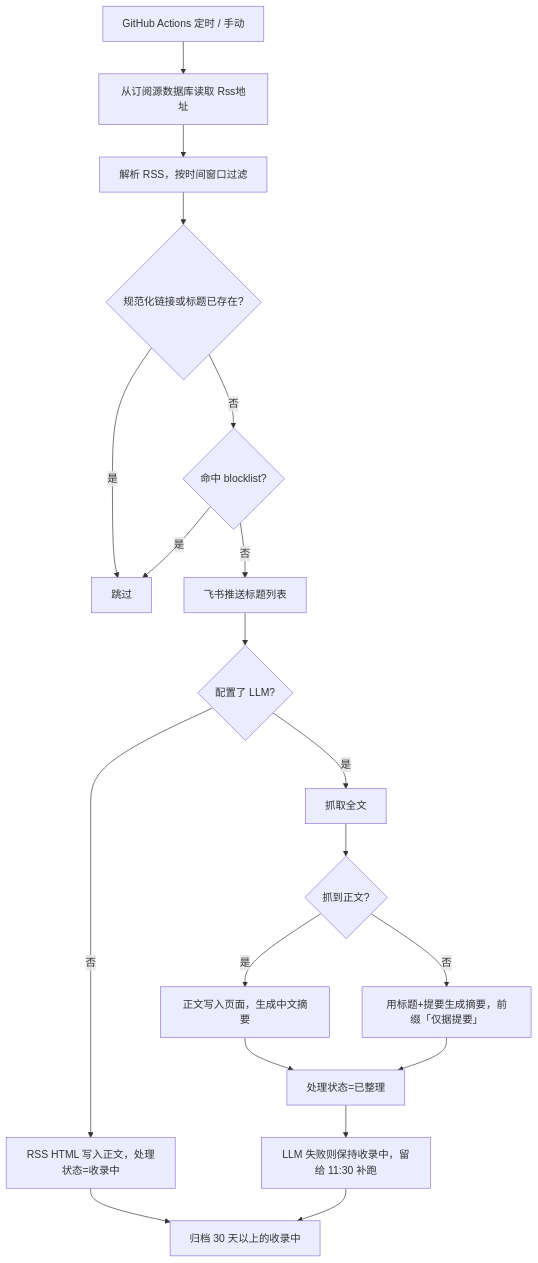
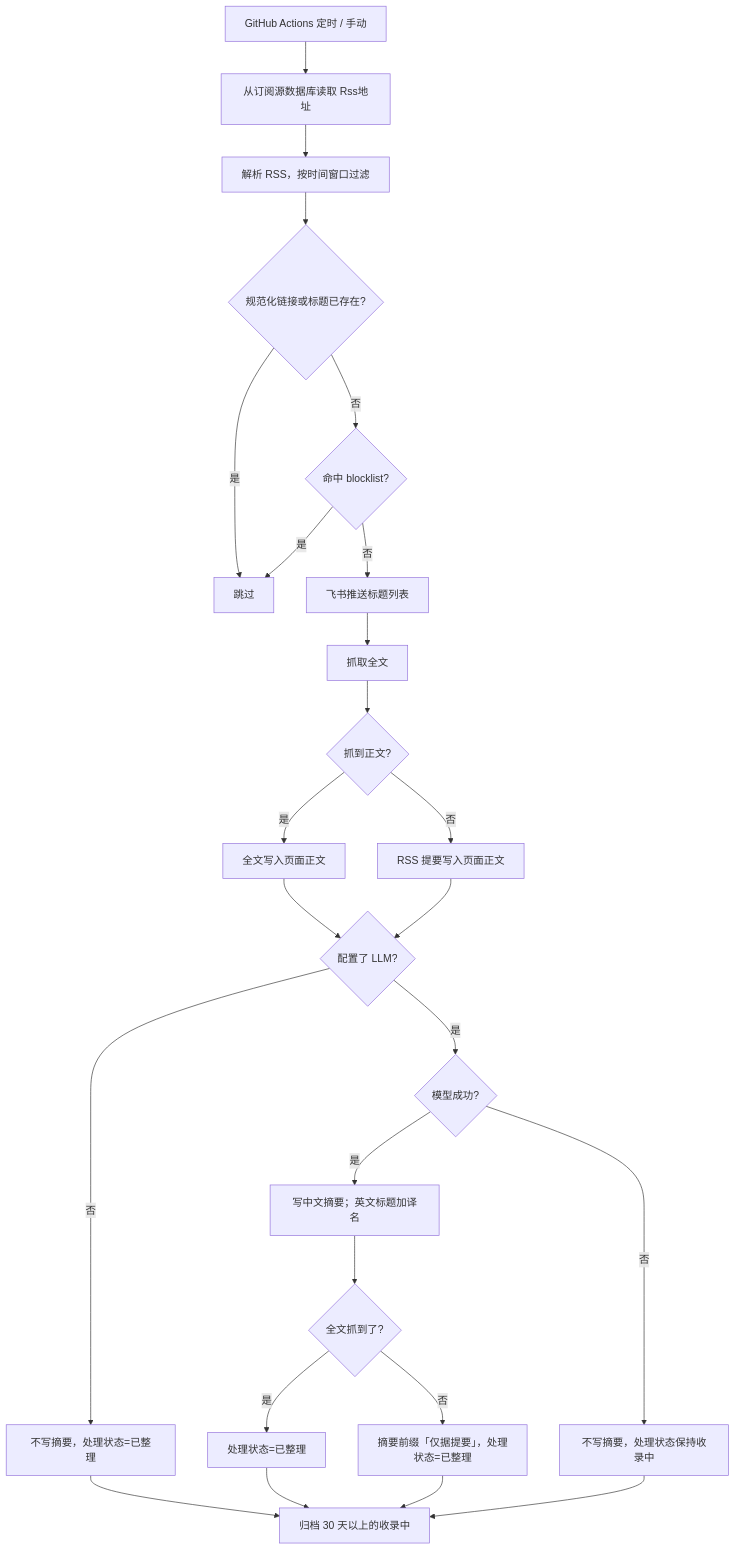
Before and after one commit to Lumos666-maker/notion-rss: the diagram in README.md, drawn with Mermaid. The commit also changed other lines of this file and 6 other files, not shown here.

````diff
--- a/README.md
+++ b/README.md
@@ -35,21 +35,27 @@
 ```mermaid
 flowchart TD
     A[GitHub Actions 定时 / 手动] --> B[从订阅源数据库读取 Rss地址]
     B --> C[解析 RSS，按时间窗口过滤]
     C --> D{规范化链接或标题已存在?}
     D -- 是 --> E[跳过]
     D -- 否 --> F{命中 blocklist?}
     F -- 是 --> E
     F -- 否 --> G[飞书推送标题列表]
-    G --> H{配置了 LLM?}
-    H -- 否 --> I[RSS HTML 写入正文，处理状态=收录中]
-    H -- 是 --> J[抓取全文]
+    G --> J[抓取全文]
     J --> K{抓到正文?}
-    K -- 是 --> L[正文写入页面，生成中文摘要]
-    K -- 否 --> M["用标题+提要生成摘要，前缀「仅据提要」"]
-    L --> N[处理状态=已整理]
-    M --> N
-    N --> O[LLM 失败则保持收录中，留给 11:30 补跑]
-    I --> P[归档 30 天以上的收录中]
-    O --> P
+    K -- 是 --> L[全文写入页面正文]
+    K -- 否 --> R[RSS 提要写入页面正文]
+    L --> H{配置了 LLM?}
+    R --> H
+    H -- 否 --> N[不写摘要，处理状态=已整理]
+    H -- 是 --> S{模型成功?}
+    S -- 是 --> T[写中文摘要；英文标题加译名]
+    S -- 否 --> U[不写摘要，处理状态保持收录中]
+    T --> V{全文抓到了?}
+    V -- 是 --> N2[处理状态=已整理]
+    V -- 否 --> M["摘要前缀「仅据提要」，处理状态=已整理"]
+    N --> P[归档 30 天以上的收录中]
+    N2 --> P
+    M --> P
+    U --> P
 ```
````
